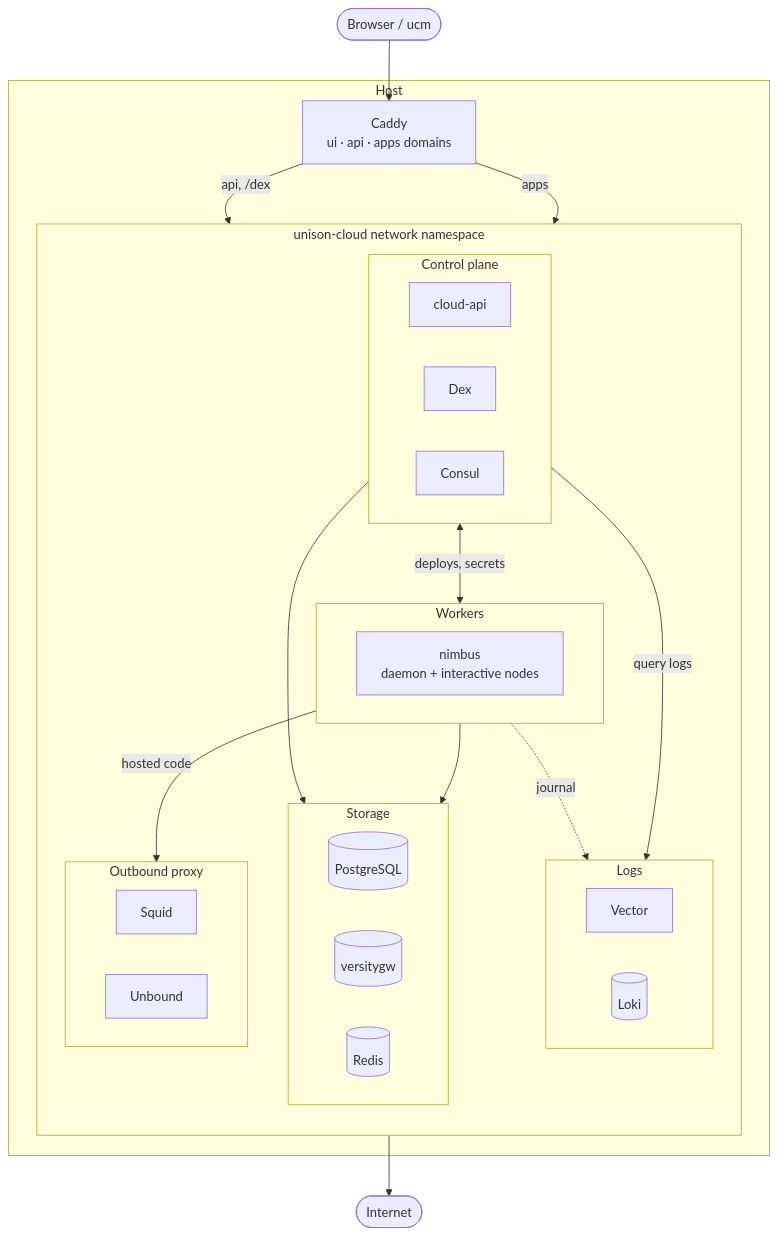
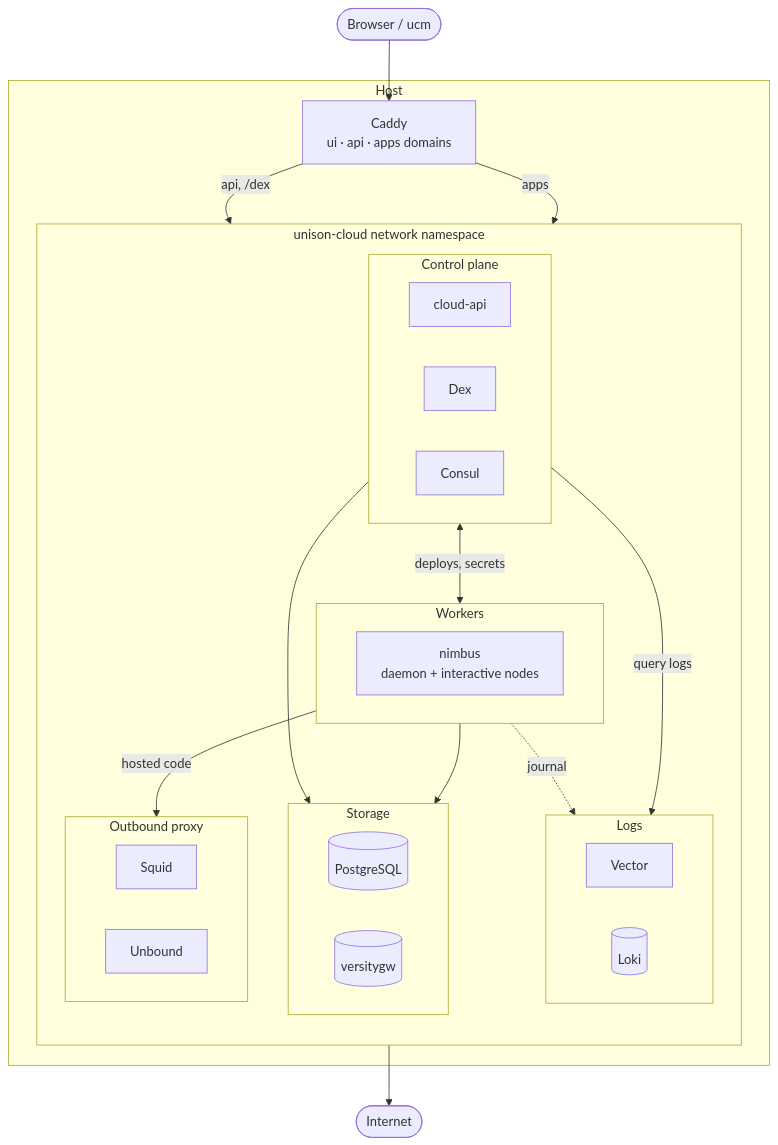
One commit to giodamelio/unison-cloud-in-a-bottle changed the diagram in README.md. Above: the diagram before and after it, drawn with Mermaid. The commit also changed other lines of this file and 12 other files, not shown here.

````diff
--- a/README.md
+++ b/README.md
@@ -181,55 +181,54 @@
 ```mermaid
 flowchart TB
     users(["Browser / ucm"])
     internet(["Internet"])
 
     subgraph host["Host"]
         caddy["Caddy<br/>ui · api · apps domains"]
 
         subgraph ns["unison-cloud network namespace"]
             direction TB
 
             subgraph control["Control plane"]
                 direction LR
                 api["cloud-api"]
                 dex["Dex"]
                 consul["Consul"]
             end
 
             subgraph workers["Workers"]
                 direction LR
                 nimbus["nimbus<br/>daemon + interactive nodes"]
             end
 
             subgraph storage["Storage"]
                 direction LR
                 postgres[("PostgreSQL")]
                 s3[("versitygw")]
-                redis[("Redis")]
             end
 
             subgraph logs["Logs"]
                 direction LR
                 vector["Vector"]
                 loki[("Loki")]
             end
 
             subgraph egress["Outbound proxy"]
                 direction LR
                 squid["Squid"]
                 unbound["Unbound"]
             end
         end
     end
 
     users --> caddy
     caddy -->|"api, /dex"| control
     caddy -->|"apps"| workers
     control <-->|"deploys, secrets"| workers
     control --> storage
     workers --> storage
     workers -.->|journal| logs
     control -->|"query logs"| logs
     workers -->|"hosted code"| egress
     egress --> internet
 ```
````
